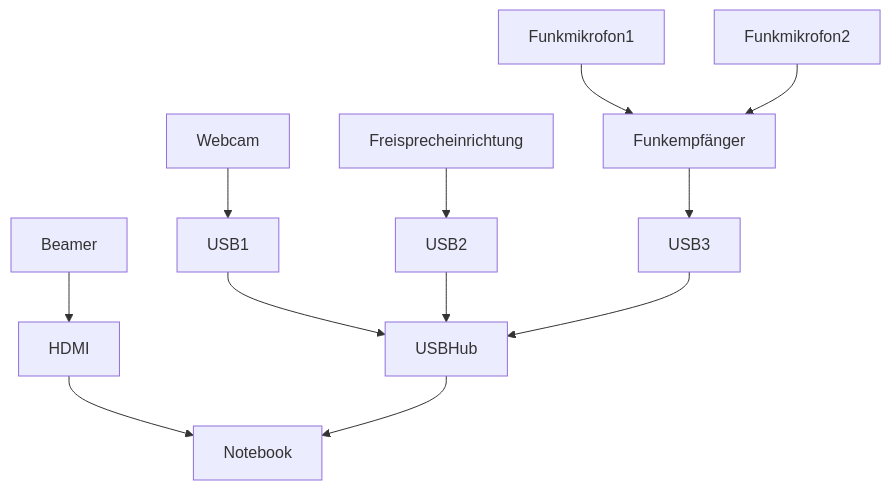
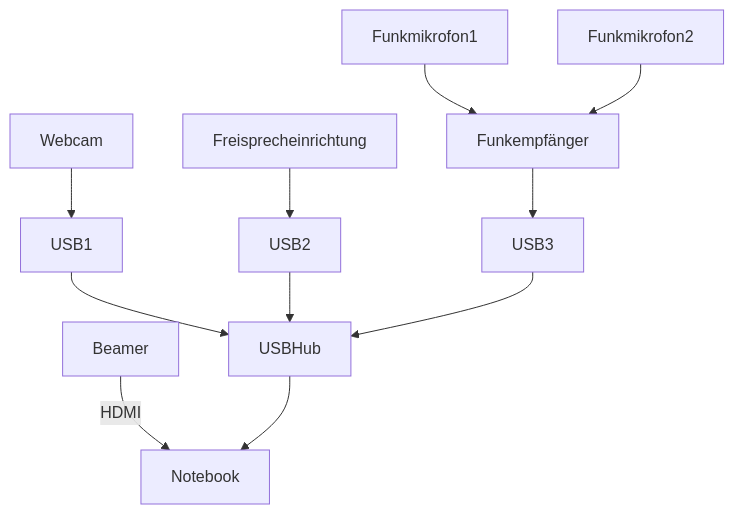
Before and after one commit to cogneon/digital-asset-pool: the second of 2 diagrams in loscon22/Readme.md, drawn with Mermaid.

````diff
--- a/loscon22/Readme.md
+++ b/loscon22/Readme.md
@@ -61,14 +61,13 @@
 ```mermaid
   graph TD;
-      Beamer-->HDMI;
       Webcam-->USB1;
       Freisprecheinrichtung-->USB2;
       Funkmikrofon1-->Funkempfänger;
       Funkmikrofon2-->Funkempfänger;
       Funkempfänger-->USB3;
       USB1-->USBHub;
       USB2-->USBHub;
       USB3-->USBHub;
-      HDMI-->Notebook;
+      Beamer-->|HDMI|Notebook;
       USBHub-->Notebook;
 ```
````
